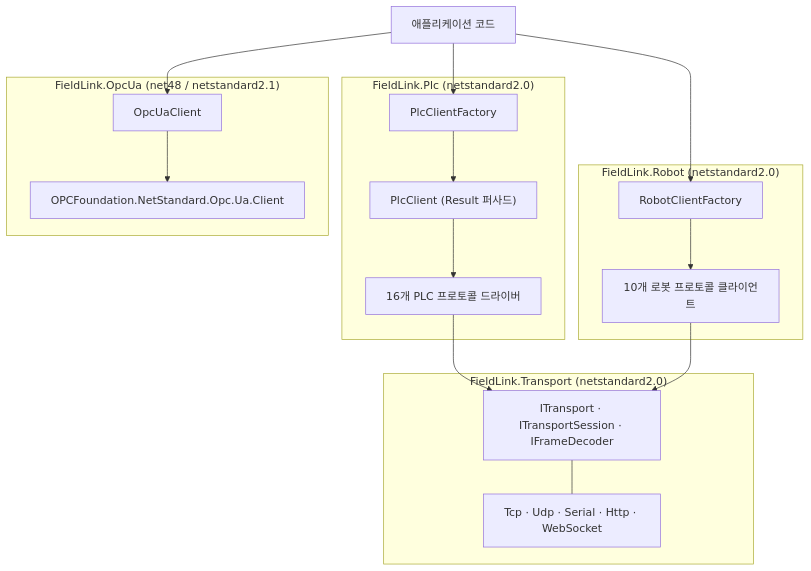
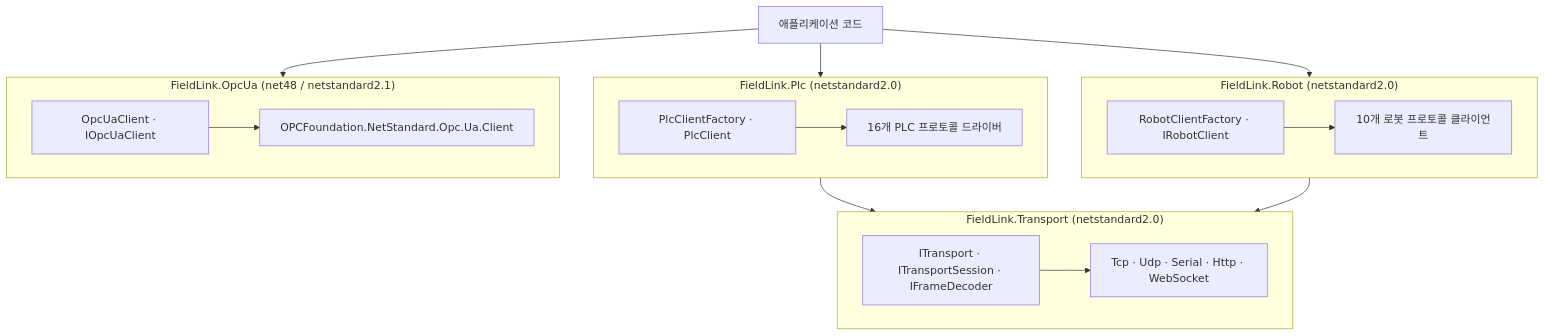
Before and after one commit to codenameis/FieldLink: the diagram in README.ko.md, drawn with Mermaid. The commit also changed 1 other file, not shown here.

Commit message:
docs: fix README architecture Mermaid diagram arrow routing

````diff
--- a/README.ko.md
+++ b/README.ko.md
@@ -39,30 +39,34 @@
 ```mermaid
-flowchart TD
+flowchart TB
     App["애플리케이션 코드"]
 
     subgraph Plc["FieldLink.Plc (netstandard2.0)"]
-        PlcFactory["PlcClientFactory"]
-        PlcClient["PlcClient (Result 퍼사드)"]
-        PlcCodecs["16개 PLC 프로토콜 드라이버"]
+        PlcEntry["PlcClientFactory · PlcClient"]
+        PlcDrivers["16개 PLC 프로토콜 드라이버"]
+        PlcEntry --> PlcDrivers
     end
 
     subgraph Robot["FieldLink.Robot (netstandard2.0)"]
-        RobotFactory["RobotClientFactory"]
-        RobotCodecs["10개 로봇 프로토콜 클라이언트"]
+        RobotEntry["RobotClientFactory · IRobotClient"]
+        RobotDrivers["10개 로봇 프로토콜 클라이언트"]
+        RobotEntry --> RobotDrivers
     end
 
     subgraph OpcUa["FieldLink.OpcUa (net48 / netstandard2.1)"]
-        UaClient["OpcUaClient"]
+        UaEntry["OpcUaClient · IOpcUaClient"]
         UaStack["OPCFoundation.NetStandard.Opc.Ua.Client"]
+        UaEntry --> UaStack
     end
 
     subgraph Transport["FieldLink.Transport (netstandard2.0)"]
-        Contracts["ITransport · ITransportSession · IFrameDecoder"]
-        Channels["Tcp · Udp · Serial · Http · WebSocket"]
+        TransportContracts["ITransport · ITransportSession · IFrameDecoder"]
+        TransportChannels["Tcp · Udp · Serial · Http · WebSocket"]
+        TransportContracts --> TransportChannels
     end
 
-    App --> PlcFactory --> PlcClient --> PlcCodecs --> Contracts
-    App --> RobotFactory --> RobotCodecs --> Contracts
-    Contracts --- Channels
-    App --> UaClient --> UaStack
+    App --> Plc
+    App --> Robot
+    App --> OpcUa
+    Plc --> Transport
+    Robot --> Transport
 ```
````
